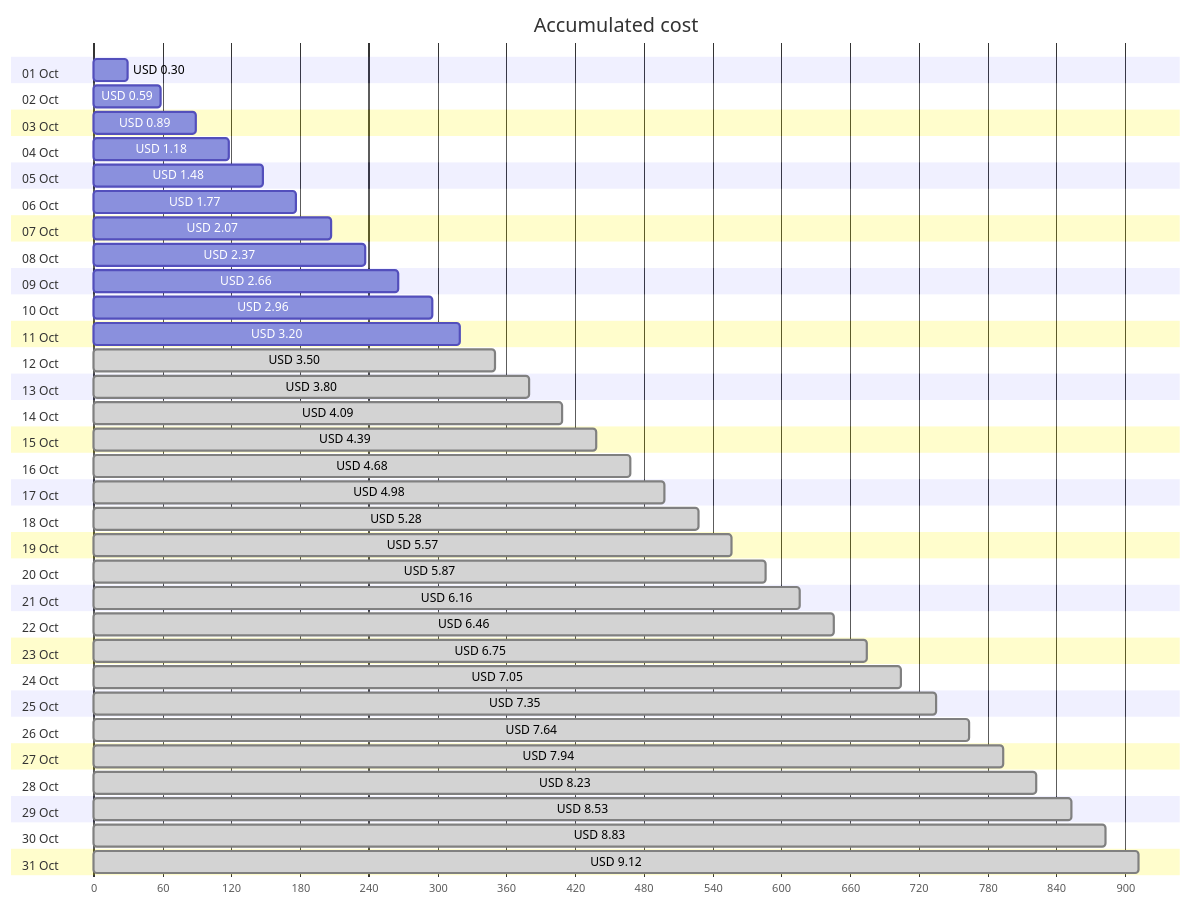
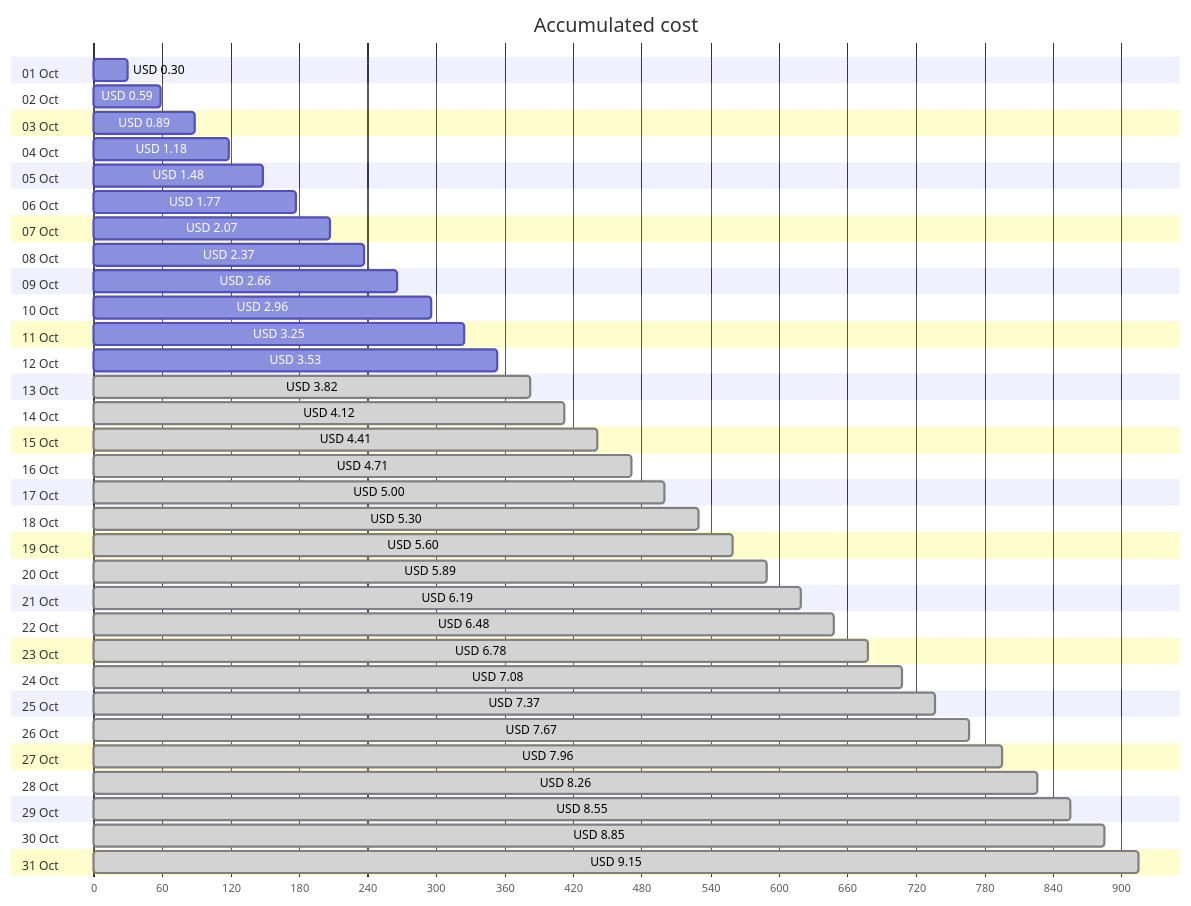
Before and after one commit to jpfulton/azure-personal-reports: the first of 4 diagrams in cost-reports/personal-site/personal-site.md, drawn with Mermaid. The commit also changed other lines of this file and 7 other files, not shown here.

````diff
--- a/cost-reports/personal-site/personal-site.md
+++ b/cost-reports/personal-site/personal-site.md
@@ -20,68 +20,68 @@
 ```mermaid
 gantt
    title Accumulated cost
    dateFormat  X
    axisFormat %s
    section 01 Oct
    USD 0.30 :0, 30
    section 02 Oct
    USD 0.59 :0, 59
    section 03 Oct
    USD 0.89 :0, 89
    section 04 Oct
    USD 1.18 :0, 118
    section 05 Oct
    USD 1.48 :0, 148
    section 06 Oct
    USD 1.77 :0, 177
    section 07 Oct
    USD 2.07 :0, 207
    section 08 Oct
    USD 2.37 :0, 237
    section 09 Oct
    USD 2.66 :0, 266
    section 10 Oct
    USD 2.96 :0, 296
    section 11 Oct
-   USD 3.20 :0, 320
+   USD 3.25 :0, 325
    section 12 Oct
-   USD 3.50 : done, 0, 350
+   USD 3.53 :0, 353
    section 13 Oct
-   USD 3.80 : done, 0, 380
+   USD 3.82 : done, 0, 382
    section 14 Oct
-   USD 4.09 : done, 0, 409
+   USD 4.12 : done, 0, 412
    section 15 Oct
-   USD 4.39 : done, 0, 439
+   USD 4.41 : done, 0, 441
    section 16 Oct
-   USD 4.68 : done, 0, 468
+   USD 4.71 : done, 0, 471
    section 17 Oct
-   USD 4.98 : done, 0, 498
+   USD 5.00 : done, 0, 500
    section 18 Oct
-   USD 5.28 : done, 0, 528
+   USD 5.30 : done, 0, 530
    section 19 Oct
-   USD 5.57 : done, 0, 557
+   USD 5.60 : done, 0, 560
    section 20 Oct
-   USD 5.87 : done, 0, 587
+   USD 5.89 : done, 0, 589
    section 21 Oct
-   USD 6.16 : done, 0, 616
+   USD 6.19 : done, 0, 619
    section 22 Oct
-   USD 6.46 : done, 0, 646
+   USD 6.48 : done, 0, 648
    section 23 Oct
-   USD 6.75 : done, 0, 675
+   USD 6.78 : done, 0, 678
    section 24 Oct
-   USD 7.05 : done, 0, 705
+   USD 7.08 : done, 0, 708
    section 25 Oct
-   USD 7.35 : done, 0, 735
+   USD 7.37 : done, 0, 737
    section 26 Oct
-   USD 7.64 : done, 0, 764
+   USD 7.67 : done, 0, 767
    section 27 Oct
-   USD 7.94 : done, 0, 794
+   USD 7.96 : done, 0, 796
    section 28 Oct
-   USD 8.23 : done, 0, 823
+   USD 8.26 : done, 0, 826
    section 29 Oct
-   USD 8.53 : done, 0, 853
+   USD 8.55 : done, 0, 855
    section 30 Oct
-   USD 8.83 : done, 0, 883
+   USD 8.85 : done, 0, 885
    section 31 Oct
-   USD 9.12 : done, 0, 912
+   USD 9.15 : done, 0, 915
 ```
````
